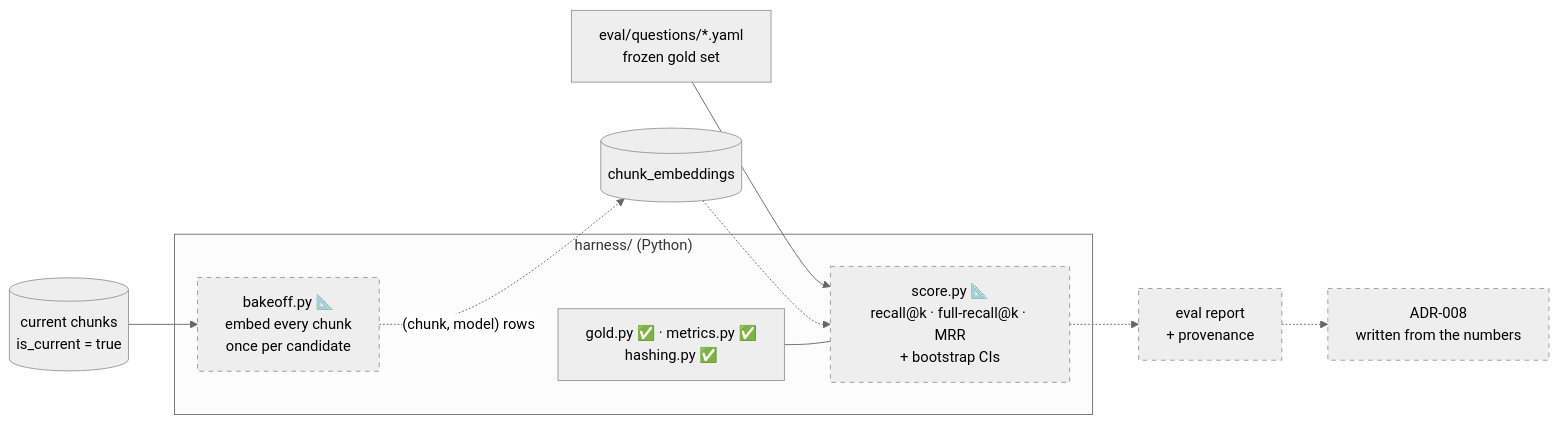
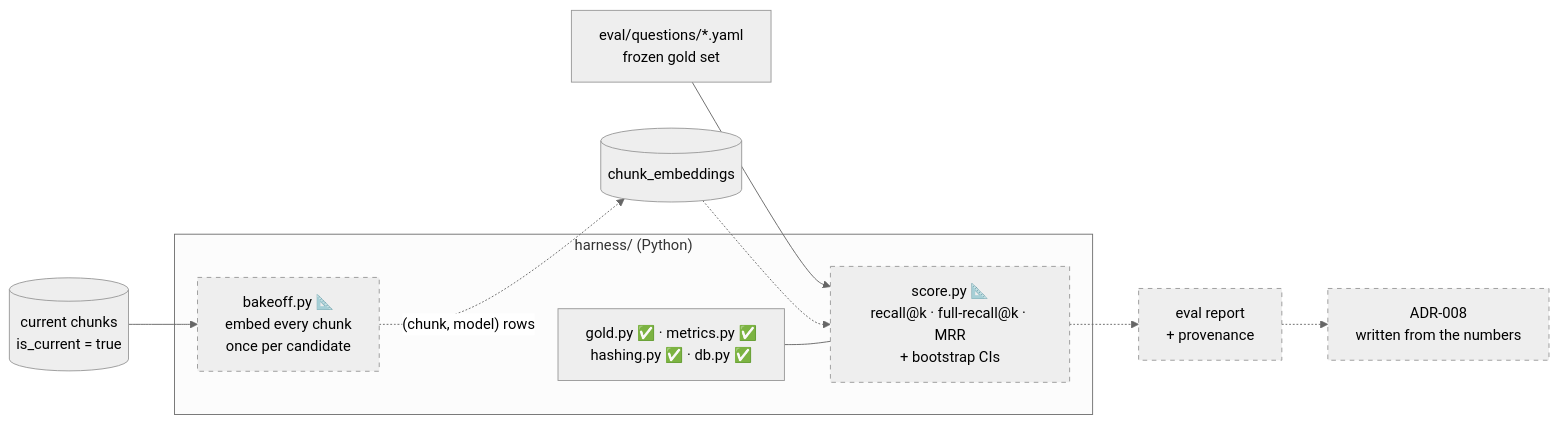
The diagram in docs/guide/07-measurement.md (ancsingabor/apologia), drawn with Mermaid (neutral theme) before and after one commit. The commit also changed other lines of this file and 9 other files, not shown here.

````diff
--- a/docs/guide/07-measurement.md
+++ b/docs/guide/07-measurement.md
@@ -21,20 +21,20 @@
 ```mermaid
 flowchart LR
   gold["eval/questions/*.yaml<br/>frozen gold set"] --> score
   db[("current chunks<br/>is_current = true")] --> bake
 
   subgraph harness["harness/ (Python)"]
     bake["bakeoff.py 📐<br/>embed every chunk<br/>once per candidate"]
     score["score.py 📐<br/>recall@k · full-recall@k · MRR<br/>+ bootstrap CIs"]
-    lib["gold.py ✅ · metrics.py ✅<br/>hashing.py ✅"]
+    lib["gold.py ✅ · metrics.py ✅<br/>hashing.py ✅ · db.py ✅"]
   end
 
   bake -.->|"(chunk, model) rows"| emb[("chunk_embeddings")]
   emb -.-> score
   lib --- score
   score -.-> report["eval report<br/>+ provenance"]
   report -.-> adr["ADR-008<br/>written from the numbers"]
 
   classDef planned stroke-dasharray: 5 5
   class bake,score,report,adr planned
 ```
````
